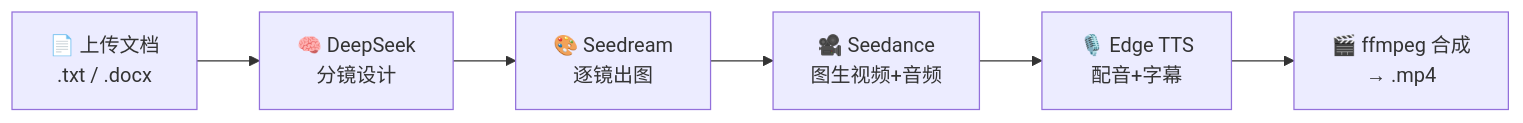
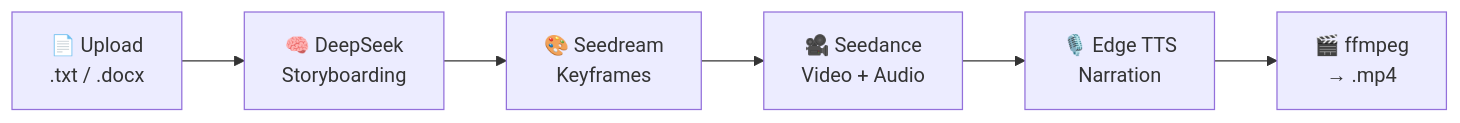
The first of 2 diagrams in README.md (JACK-123666/ZHIyanzhushou), drawn with Mermaid before and after one commit. The commit also changed other lines of this file, not shown here.

````diff
--- a/README.md
+++ b/README.md
@@ -17,8 +17,8 @@
 ```mermaid
 flowchart LR
-    A[📄 上传文档<br/>.txt / .docx] --> B[🧠 DeepSeek<br/>分镜设计]
-    B --> C[🎨 Seedream<br/>逐镜出图]
-    C --> D[🎥 Seedance<br/>图生视频+音频]
-    D --> E[🎙️ Edge TTS<br/>配音+字幕]
-    E --> F[🎬 ffmpeg 合成<br/>→ .mp4]
+    A[📄 Upload<br/>.txt / .docx] --> B[🧠 DeepSeek<br/>Storyboarding]
+    B --> C[🎨 Seedream<br/>Keyframes]
+    C --> D[🎥 Seedance<br/>Video + Audio]
+    D --> E[🎙️ Edge TTS<br/>Narration]
+    E --> F[🎬 ffmpeg<br/>→ .mp4]
 ```
````
